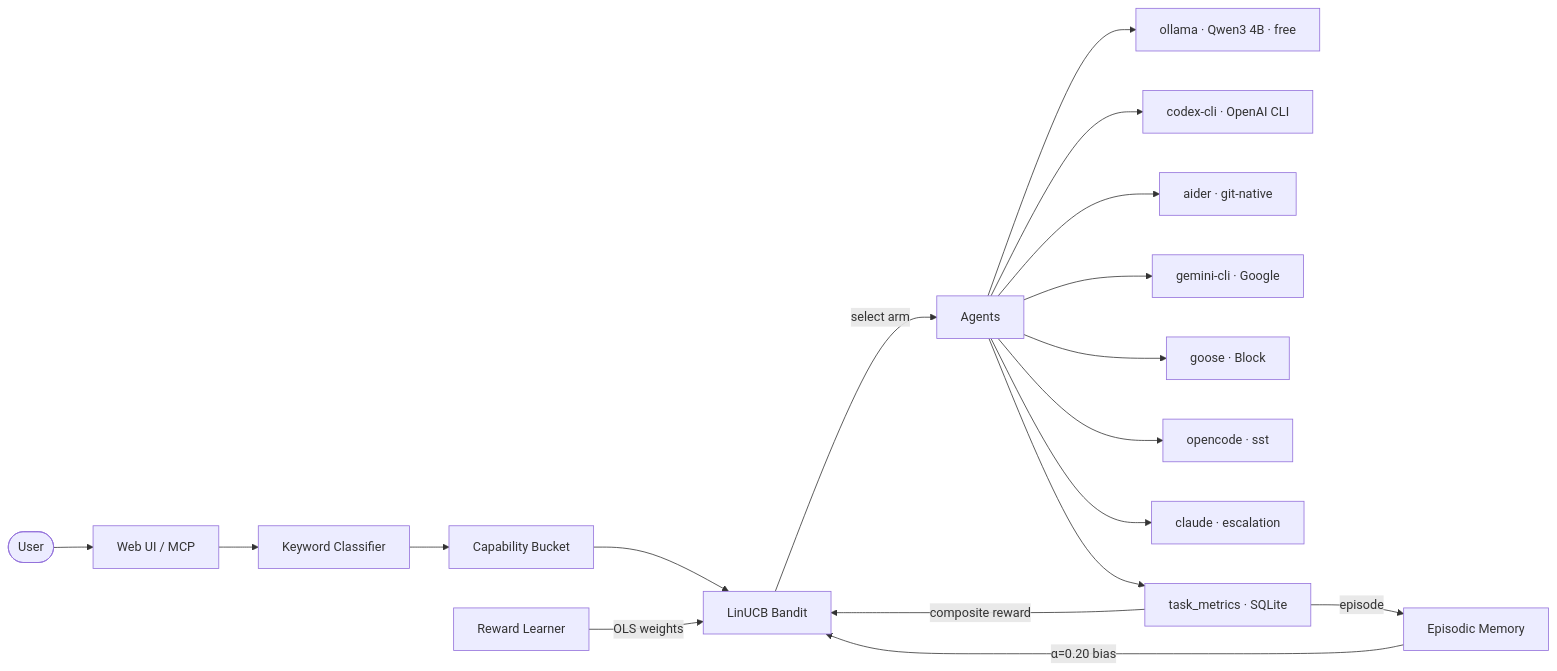
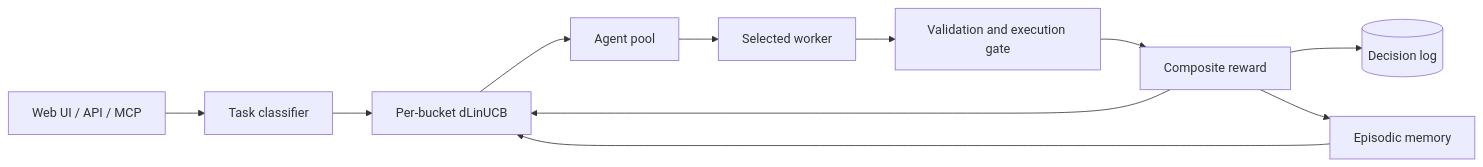
One commit to pockanoodles/Mahoraga changed the diagram in README.md. Above: the diagram before and after it, drawn with Mermaid. The commit also changed other lines of this file and 10 other files, not shown here.

````diff
--- a/README.md
+++ b/README.md
@@ -106,20 +32,13 @@
 ```mermaid
-graph LR
-    User([User]) --> UI[Web UI / MCP]
-    UI --> KC[Keyword Classifier]
-    KC --> CB[Capability Bucket]
-    CB --> LB[LinUCB Bandit]
-    EM[Episodic Memory] -->|α=0.20 bias| LB
-    RL[Reward Learner] -->|OLS weights| LB
-    LB -->|select arm| Agents
-    Agents --> ollama[ollama · Qwen3 4B · free]
-    Agents --> codex[codex-cli · OpenAI CLI]
-    Agents --> aider[aider · git-native]
-    Agents --> gemini[gemini-cli · Google]
-    Agents --> goose[goose · Block]
-    Agents --> opencode[opencode · sst]
-    Agents --> cloud[claude · escalation]
-    Agents --> Metrics[task_metrics · SQLite]
-    Metrics -->|composite reward| LB
-    Metrics -->|episode| EM
+flowchart LR
+    Client[Web UI / API / MCP] --> Classifier[Task classifier]
+    Classifier --> Bandit[Per-bucket dLinUCB]
+    Memory[Episodic memory] --> Bandit
+    Bandit --> Pool[Agent pool]
+    Pool --> Worker[Selected worker]
+    Worker --> Gate[Validation and execution gate]
+    Gate --> Reward[Composite reward]
+    Reward --> Bandit
+    Reward --> Log[(Decision log)]
+    Reward --> Memory
 ```
````
